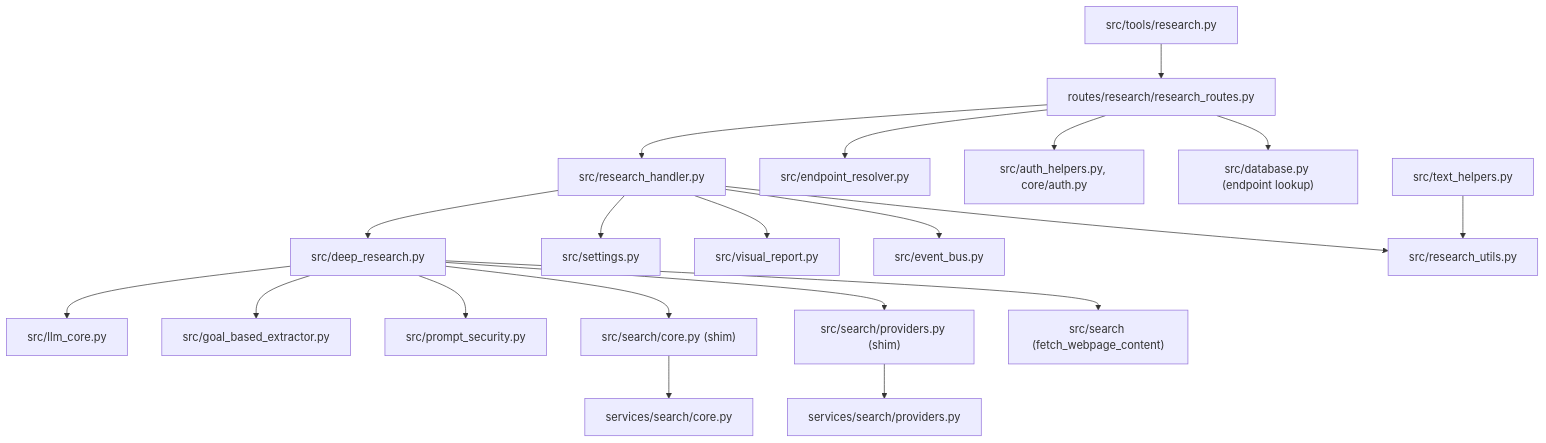
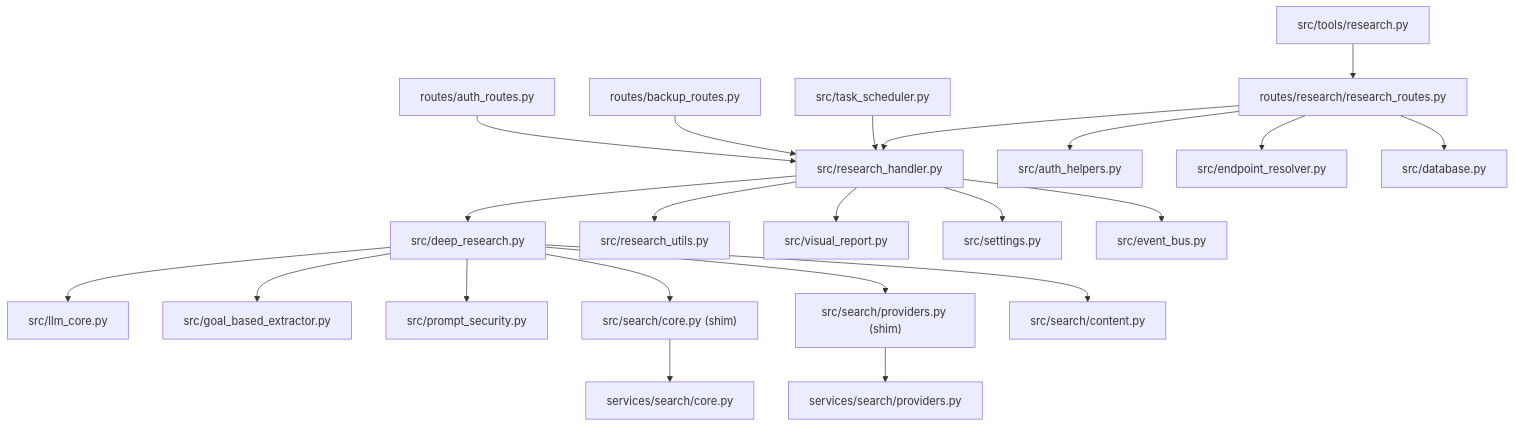
The fifth of 5 diagrams in content/docs/modules/research.mdx (yash-dev007/Zephyrus_WEB), drawn with Mermaid before and after one commit. The commit also changed other lines of this file, not shown here.

Commit message:
Rewrite Deep Research module documentation

````diff
--- a/content/docs/modules/research.mdx
+++ b/content/docs/modules/research.mdx
@@ -514,22 +649,24 @@
 ```mermaid
 flowchart TD
     routes["routes/research/research_routes.py"] --> handler["src/research_handler.py"]
+    routes --> auth["src/auth_helpers.py"]
     routes --> endpoint["src/endpoint_resolver.py"]
-    routes --> auth["src/auth_helpers.py, core/auth.py"]
-    routes --> db["src/database.py (endpoint lookup)"]
+    routes --> db["src/database.py"]
     handler --> engine["src/deep_research.py"]
+    handler --> utils["src/research_utils.py"]
+    handler --> visual["src/visual_report.py"]
     handler --> settings["src/settings.py"]
-    handler --> visual["src/visual_report.py"]
     handler --> bus["src/event_bus.py"]
-    handler --> utils["src/research_utils.py"]
     engine --> llm["src/llm_core.py"]
     engine --> extractor["src/goal_based_extractor.py"]
     engine --> security["src/prompt_security.py"]
     engine --> searchcore["src/search/core.py (shim)"]
     engine --> searchprov["src/search/providers.py (shim)"]
-    engine --> content["src/search (fetch_webpage_content)"]
+    engine --> content["src/search/content.py"]
     searchcore --> scoring["services/search/core.py"]
     searchprov --> sservices["services/search/providers.py"]
-    text["src/text_helpers.py"] --> utils
     tools["src/tools/research.py"] --> routes
+    scheduler["src/task_scheduler.py"] --> handler
+    backup["routes/backup_routes.py"] --> handler
+    authroutes["routes/auth_routes.py"] --> handler
 ```
````
